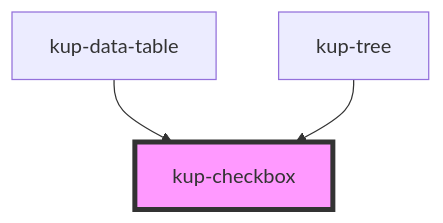
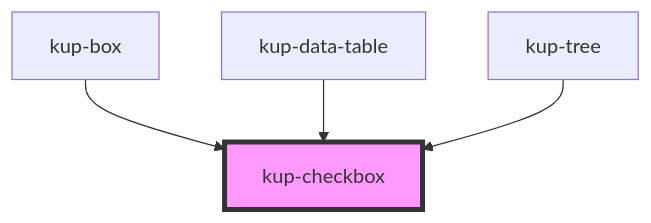
The diagram in packages/ketchup/src/components/kup-checkbox/readme.md (smeup/ketchup), drawn with Mermaid before and after one commit. The commit also changed other lines of this file and 16 other files, not shown here.

Commit message:
kup box missing impls: managing IMG, PGB, V2SINO, V2RADIO, J1PWD

````diff
--- a/packages/ketchup/src/components/kup-checkbox/readme.md
+++ b/packages/ketchup/src/components/kup-checkbox/readme.md
@@ -50,6 +51,7 @@
 ```mermaid
 graph TD;
+  kup-box --> kup-checkbox
   kup-data-table --> kup-checkbox
   kup-tree --> kup-checkbox
   style kup-checkbox fill:#f9f,stroke:#333,stroke-width:4px
 ```
````
